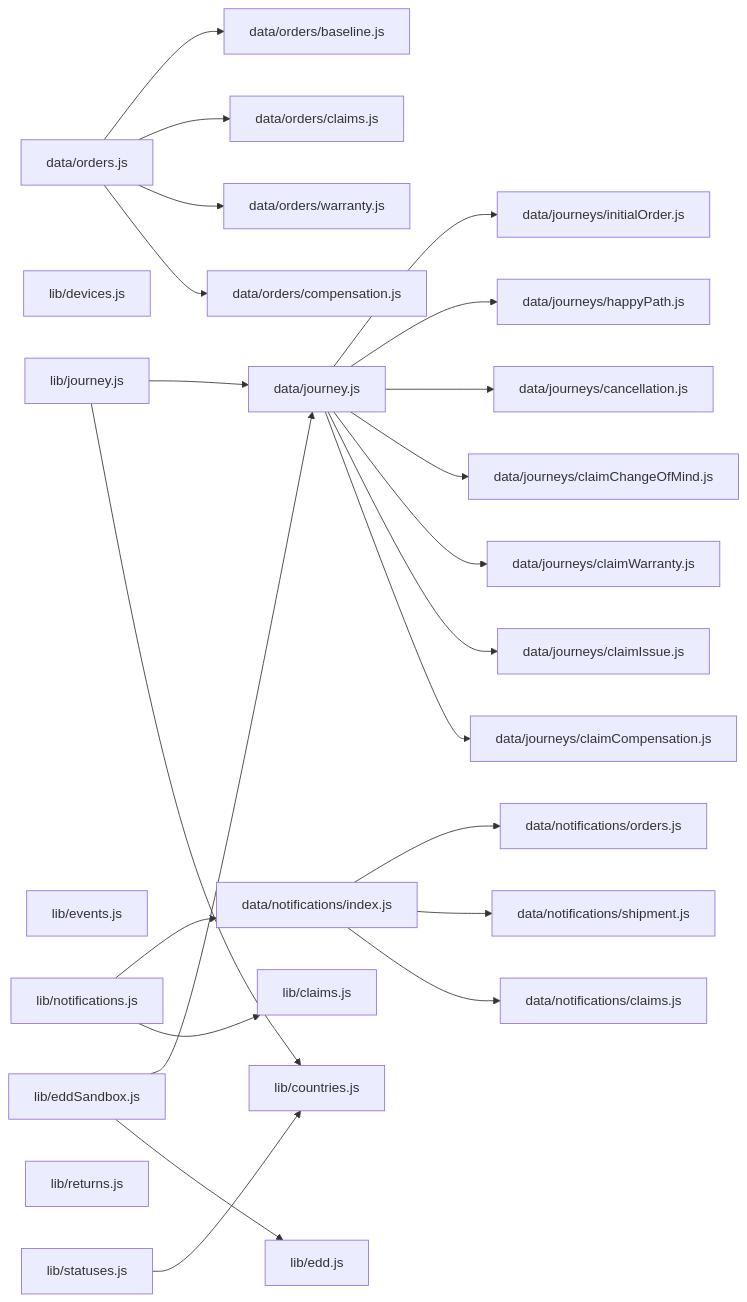
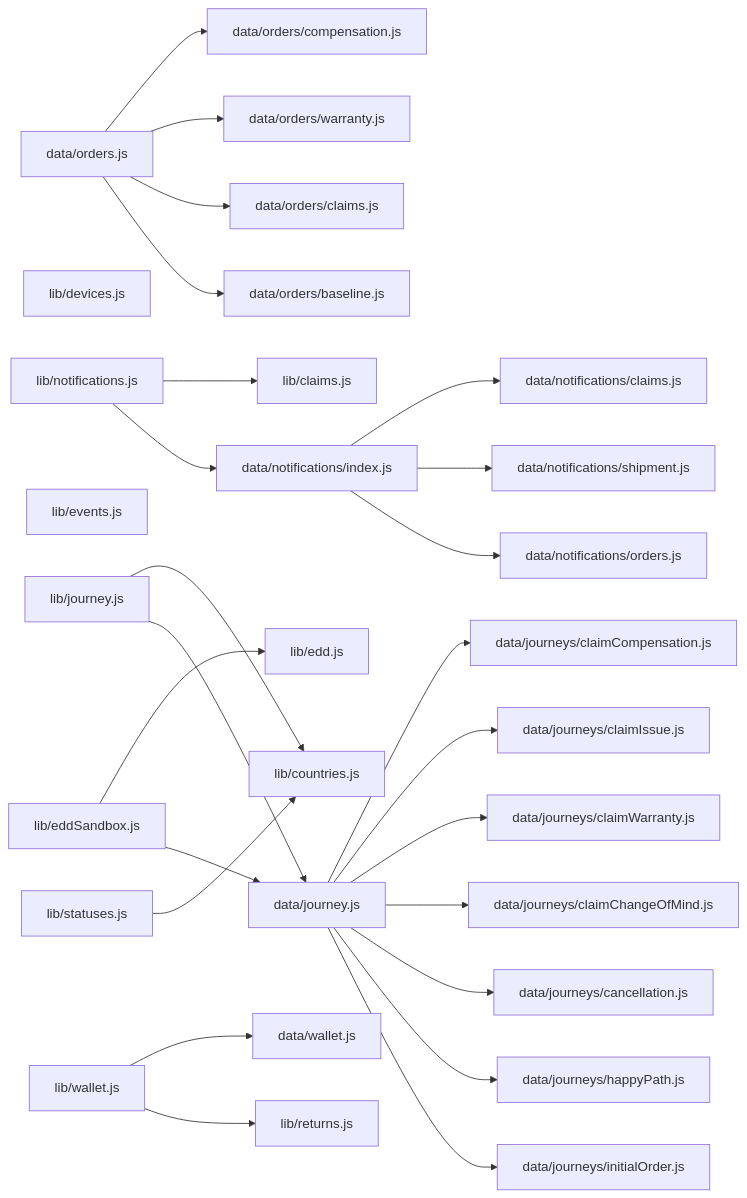
One commit to andrea-revibe/my-account-redesign-v2 changed the diagram in docs/code_map.md. Above: the diagram before and after it, drawn with Mermaid. The commit also changed other lines of this file and 14 other files, not shown here.

````diff
--- a/docs/code_map.md
+++ b/docs/code_map.md
@@ -192,51 +198,55 @@
 ```mermaid
 graph LR
   data_journey_js["data/journey.js"]
   data_journeys_cancellation_js["data/journeys/cancellation.js"]
   data_journeys_claimChangeOfMind_js["data/journeys/claimChangeOfMind.js"]
   data_journeys_claimCompensation_js["data/journeys/claimCompensation.js"]
   data_journeys_claimIssue_js["data/journeys/claimIssue.js"]
   data_journeys_claimWarranty_js["data/journeys/claimWarranty.js"]
   data_journeys_happyPath_js["data/journeys/happyPath.js"]
   data_journeys_initialOrder_js["data/journeys/initialOrder.js"]
   data_notifications_claims_js["data/notifications/claims.js"]
   data_notifications_index_js["data/notifications/index.js"]
   data_notifications_orders_js["data/notifications/orders.js"]
   data_notifications_shipment_js["data/notifications/shipment.js"]
   data_orders_js["data/orders.js"]
   data_orders_baseline_js["data/orders/baseline.js"]
   data_orders_claims_js["data/orders/claims.js"]
   data_orders_compensation_js["data/orders/compensation.js"]
   data_orders_warranty_js["data/orders/warranty.js"]
+  data_wallet_js["data/wallet.js"]
   lib_claims_js["lib/claims.js"]
   lib_countries_js["lib/countries.js"]
   lib_devices_js["lib/devices.js"]
   lib_edd_js["lib/edd.js"]
   lib_eddSandbox_js["lib/eddSandbox.js"]
   lib_events_js["lib/events.js"]
   lib_journey_js["lib/journey.js"]
   lib_notifications_js["lib/notifications.js"]
   lib_returns_js["lib/returns.js"]
   lib_statuses_js["lib/statuses.js"]
+  lib_wallet_js["lib/wallet.js"]
   data_journey_js --> data_journeys_initialOrder_js
   data_journey_js --> data_journeys_happyPath_js
   data_journey_js --> data_journeys_cancellation_js
   data_journey_js --> data_journeys_claimChangeOfMind_js
   data_journey_js --> data_journeys_claimWarranty_js
   data_journey_js --> data_journeys_claimIssue_js
   data_journey_js --> data_journeys_claimCompensation_js
   data_notifications_index_js --> data_notifications_orders_js
   data_notifications_index_js --> data_notifications_shipment_js
   data_notifications_index_js --> data_notifications_claims_js
   data_orders_js --> data_orders_baseline_js
   data_orders_js --> data_orders_claims_js
   data_orders_js --> data_orders_warranty_js
   data_orders_js --> data_orders_compensation_js
   lib_eddSandbox_js --> data_journey_js
   lib_eddSandbox_js --> lib_edd_js
   lib_journey_js --> data_journey_js
   lib_journey_js --> lib_countries_js
   lib_notifications_js --> data_notifications_index_js
   lib_notifications_js --> lib_claims_js
   lib_statuses_js --> lib_countries_js
+  lib_wallet_js --> lib_returns_js
+  lib_wallet_js --> data_wallet_js
 ```
````
